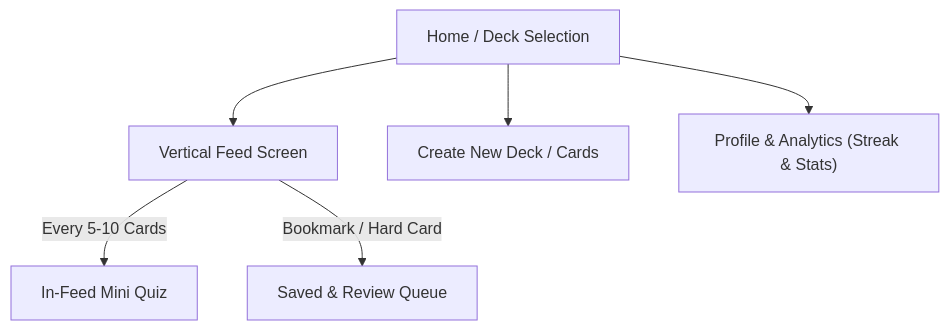
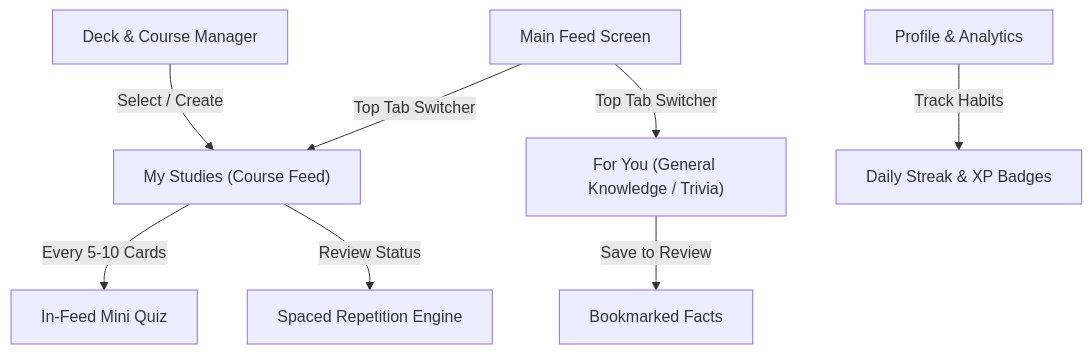
Before and after one commit to Hkantosun/Mobile_application_project: the diagram in README.md, drawn with Mermaid. The commit also changed other lines of this file, not shown here.

Commit message:
docs: add TikTok-style dual-tab feed (My Studies vs For You / General Knowledge) and trivia specs

````diff
--- a/README.md
+++ b/README.md
@@ -48,8 +51,10 @@
 ```mermaid
 graph TD
-    A["Home / Deck Selection"] --> B["Vertical Feed Screen"]
-    B -->|"Every 5-10 Cards"| C["In-Feed Mini Quiz"]
-    B -->|"Bookmark / Hard Card"| D["Saved & Review Queue"]
-    A --> E["Create New Deck / Cards"]
-    A --> F["Profile & Analytics (Streak & Stats)"]
+    A["Main Feed Screen"] -->|"Top Tab Switcher"| B["My Studies (Course Feed)"]
+    A -->|"Top Tab Switcher"| C["For You (General Knowledge / Trivia)"]
+    B -->|"Every 5-10 Cards"| D["In-Feed Mini Quiz"]
+    C -->|"Save to Review"| E["Bookmarked Facts"]
+    B -->|"Review Status"| F["Spaced Repetition Engine"]
+    G["Deck & Course Manager"] -->|"Select / Create"| B
+    H["Profile & Analytics"] -->|"Track Habits"| I["Daily Streak & XP Badges"]
 ```
````
